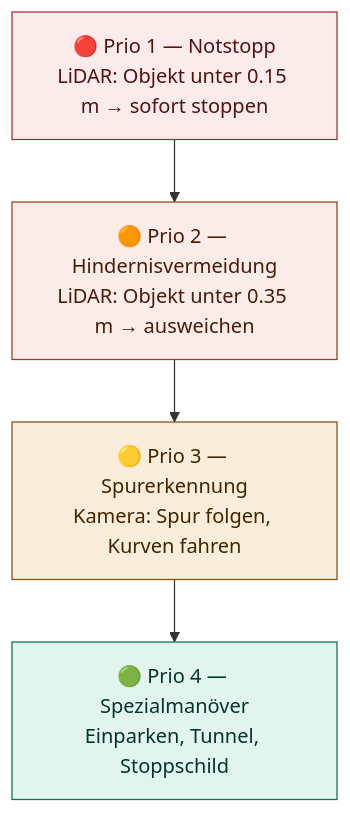
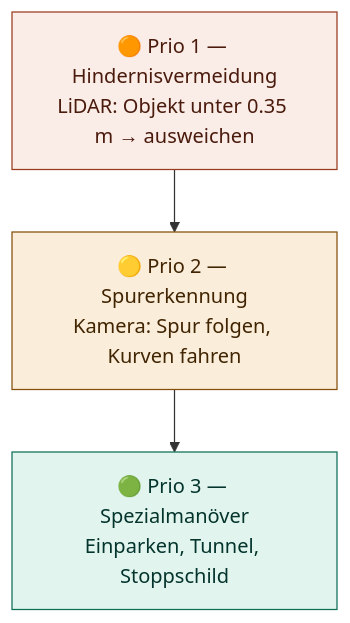
Before and after one commit to NaiRolF878/TurtleBot3-URMC: the third of 4 diagrams in docs/URMC–Technisches_Konzept.md, drawn with Mermaid. The commit also changed other lines of this file and 9 other files, not shown here.

````diff
--- a/docs/URMC–Technisches_Konzept.md
+++ b/docs/URMC–Technisches_Konzept.md
@@ -167,14 +166,12 @@
 ```mermaid
 flowchart TB
-    P1[🔴 Prio 1 — Notstopp\nLiDAR: Objekt unter 0.15 m → sofort stoppen]
-    P2[🟠 Prio 2 — Hindernisvermeidung\nLiDAR: Objekt unter 0.35 m → ausweichen]
-    P3[🟡 Prio 3 — Spurerkennung\nKamera: Spur folgen, Kurven fahren]
-    P4[🟢 Prio 4 — Spezialmanöver\nEinparken, Tunnel, Stoppschild]
+    P1[🟠 Prio 1 — Hindernisvermeidung\nLiDAR: Objekt unter 0.35 m → ausweichen]
+    P2[🟡 Prio 2 — Spurerkennung\nKamera: Spur folgen, Kurven fahren]
+    P3[🟢 Prio 3 — Spezialmanöver\nEinparken, Tunnel, Stoppschild]
 
-    P1 --> P2 --> P3 --> P4
+    P1 --> P2 --> P3
 
-    style P1 fill:#FCEBEB,stroke:#A32D2D,color:#501313
-    style P2 fill:#FAECE7,stroke:#993C1D,color:#4A1B0C
-    style P3 fill:#FAEEDA,stroke:#854F0B,color:#412402
-    style P4 fill:#E1F5EE,stroke:#0F6E56,color:#04342C
+    style P1 fill:#FAECE7,stroke:#993C1D,color:#4A1B0C
+    style P2 fill:#FAEEDA,stroke:#854F0B,color:#412402
+    style P3 fill:#E1F5EE,stroke:#0F6E56,color:#04342C
 ```
````
